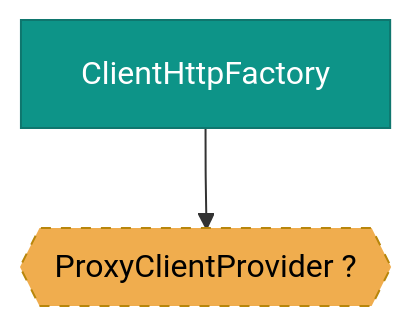
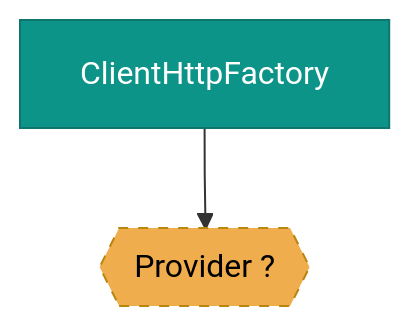
Before and after one commit to deanhiller/webpieces-ts: the diagram in packages/http/http-client-node/design.md, drawn with Mermaid. The commit also changed 23 other files, not shown here.

````diff
--- a/packages/http/http-client-node/design.md
+++ b/packages/http/http-client-node/design.md
@@ -13,11 +13,11 @@
 ```mermaid
 graph TD
     ClientHttpFactory["ClientHttpFactory"]:::apiImpl
-    ProxyClientProvider{{"ProxyClientProvider ?"}}:::unresolved
-    ClientHttpFactory --> ProxyClientProvider
+    Provider_NodeProxyClient_{{"Provider<NodeProxyClient> ?"}}:::unresolved
+    ClientHttpFactory --> Provider_NodeProxyClient_
     classDef controller fill:#1f6feb,color:#ffffff,stroke:#0d419d
     classDef apiImpl fill:#0d9488,color:#ffffff,stroke:#0f766e
     classDef component fill:#2da44e,color:#ffffff,stroke:#1a7f37
     classDef unresolved fill:#f0ad4e,color:#000000,stroke:#b8860b,stroke-dasharray: 5 5
     classDef external fill:#b39ddb,color:#000000,stroke:#5e35b1,stroke-width:3px
 ```
````
